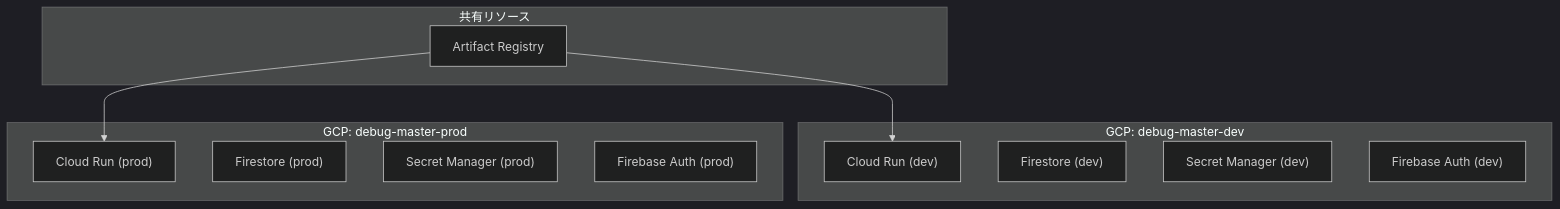
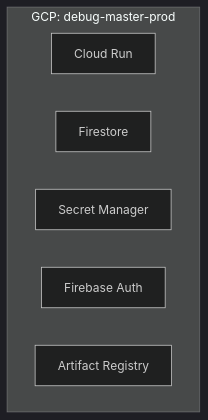
Before and after one commit to matsuda-tkm/debug-master: the first of 3 diagrams in docs-new/infrastructure.md, drawn with Mermaid (dark theme). The commit also changed other lines of this file and 5 other files, not shown here.

````diff
--- a/docs-new/infrastructure.md
+++ b/docs-new/infrastructure.md
@@ -30,23 +27,10 @@
 ```mermaid
 graph TB
-    subgraph devProject ["GCP: debug-master-dev"]
-        DevRun["Cloud Run (dev)"]
-        DevFS["Firestore (dev)"]
-        DevSM["Secret Manager (dev)"]
-        DevAuth["Firebase Auth (dev)"]
-    end
-
     subgraph prodProject ["GCP: debug-master-prod"]
-        ProdRun["Cloud Run (prod)"]
-        ProdFS["Firestore (prod)"]
-        ProdSM["Secret Manager (prod)"]
-        ProdAuth["Firebase Auth (prod)"]
-    end
-
-    subgraph shared ["共有リソース"]
+        ProdRun["Cloud Run"]
+        ProdFS["Firestore"]
+        ProdSM["Secret Manager"]
+        ProdAuth["Firebase Auth"]
         AR["Artifact Registry"]
     end
-
-    AR --> DevRun
-    AR --> ProdRun
 ```
````
